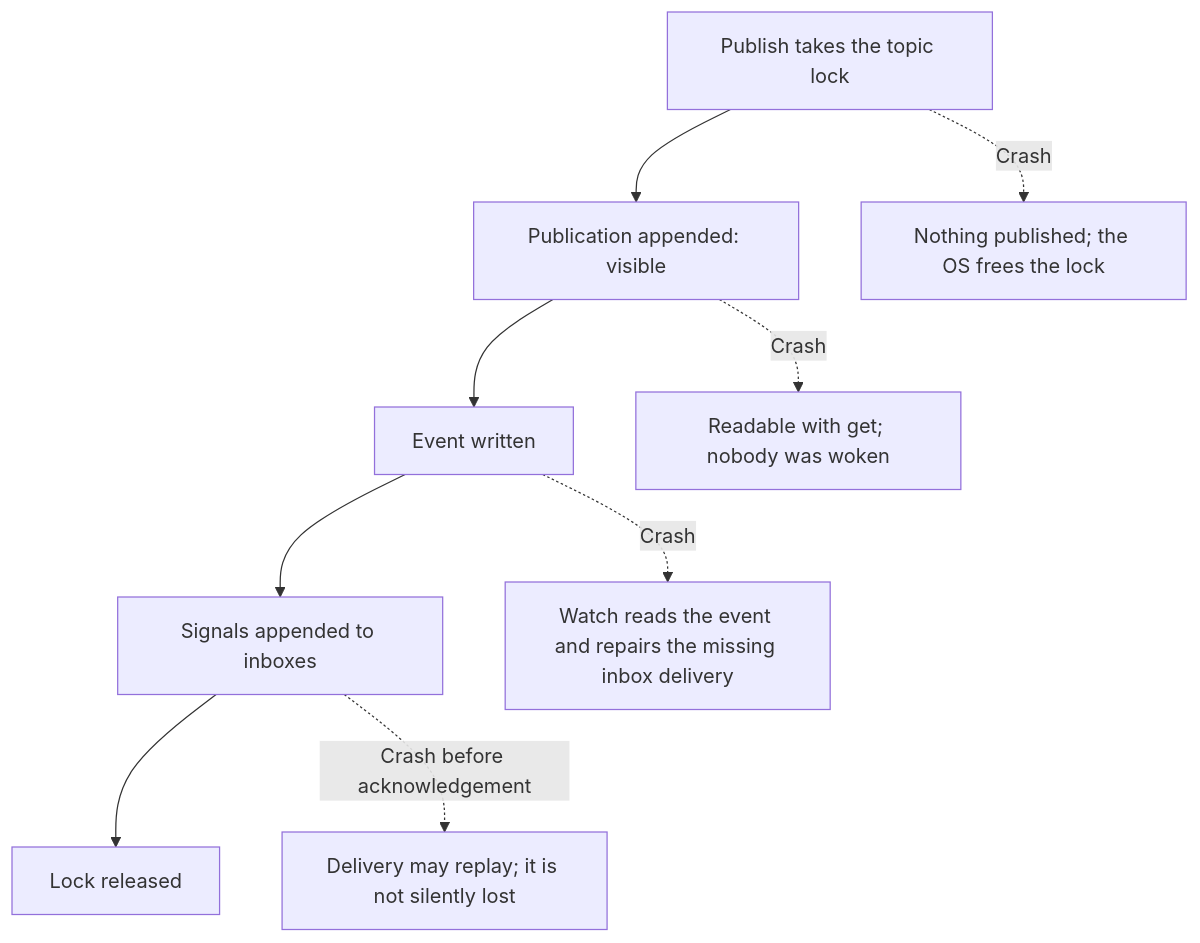
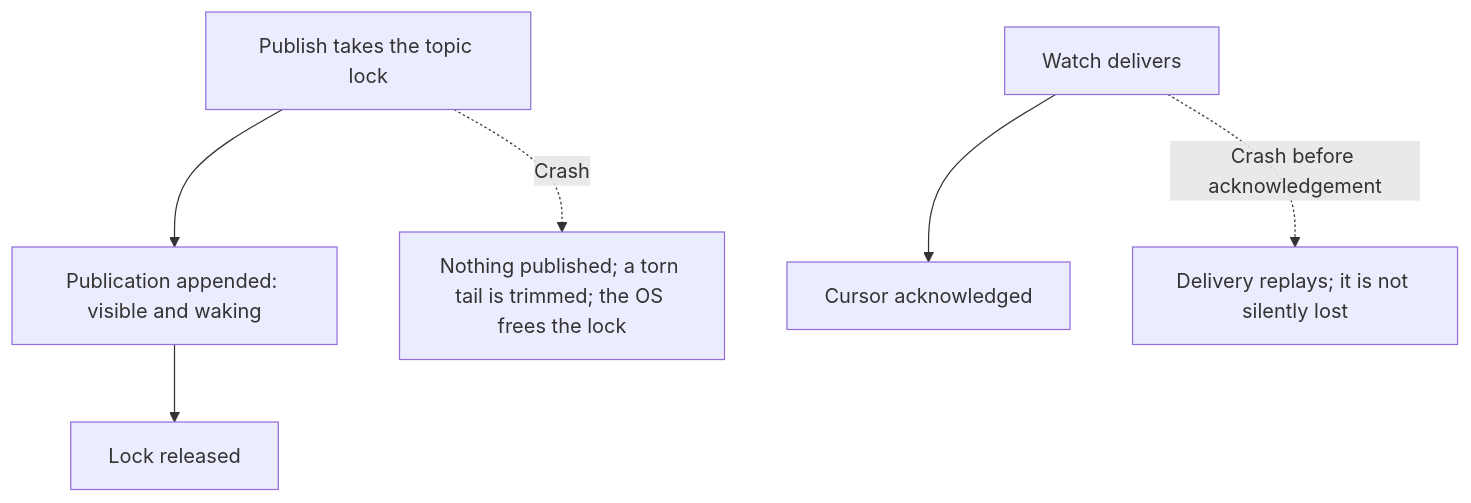
The fifth of 5 diagrams in docs/activity-diagrams.md (danlavee/Conductor), drawn with Mermaid before and after one commit. The commit also changed other lines of this file and 43 other files, not shown here.

First line of the commit message:
refactor(state)!: wake from topic history, drop events and inbox

````diff
--- a/docs/activity-diagrams.md
+++ b/docs/activity-diagrams.md
@@ -92,12 +88,9 @@
 ```mermaid
 flowchart TD
-    S["Publish takes the topic lock"] --> H["Publication appended: visible"]
-    H --> E["Event written"]
-    E --> N["Signals appended to inboxes"]
-    N --> R["Lock released"]
+    S["Publish takes the topic lock"] --> H["Publication appended: visible and waking"]
+    H --> R["Lock released"]
+    W["Watch delivers"] --> A["Cursor acknowledged"]
 
-    S -. "Crash" .-> RS["Nothing published; the OS frees the lock"]
-    H -. "Crash" .-> RH["Readable with get; nobody was woken"]
-    E -. "Crash" .-> RN["Watch reads the event and repairs the missing inbox delivery"]
-    N -. "Crash before acknowledgement" .-> RR["Delivery may replay; it is not silently lost"]
+    S -. "Crash" .-> RS["Nothing published; a torn tail is trimmed; the OS frees the lock"]
+    W -. "Crash before acknowledgement" .-> RR["Delivery replays; it is not silently lost"]
 ```
````
